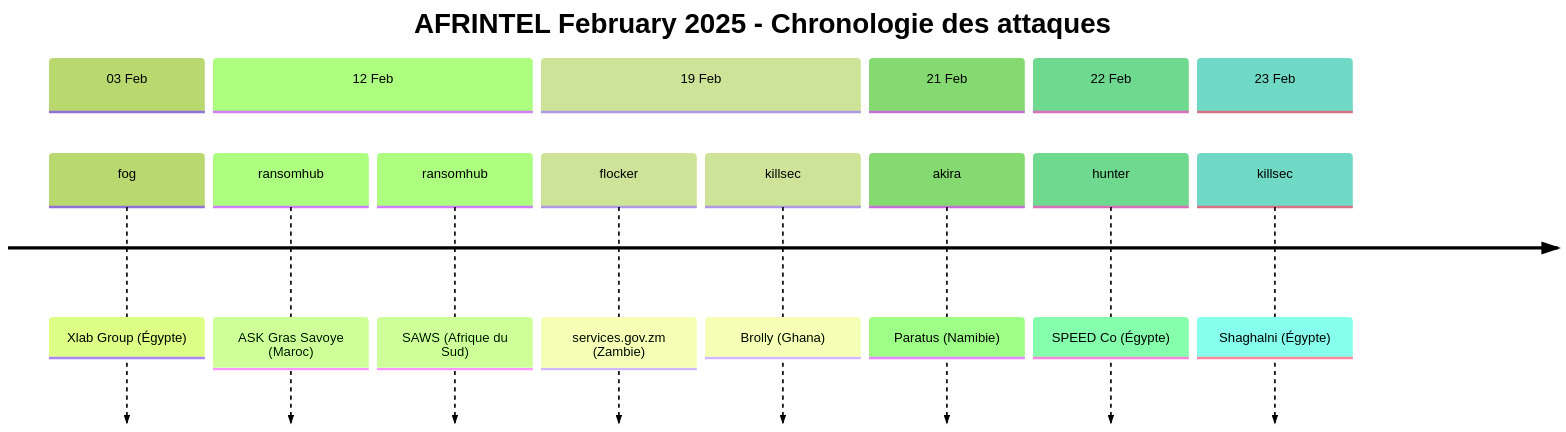
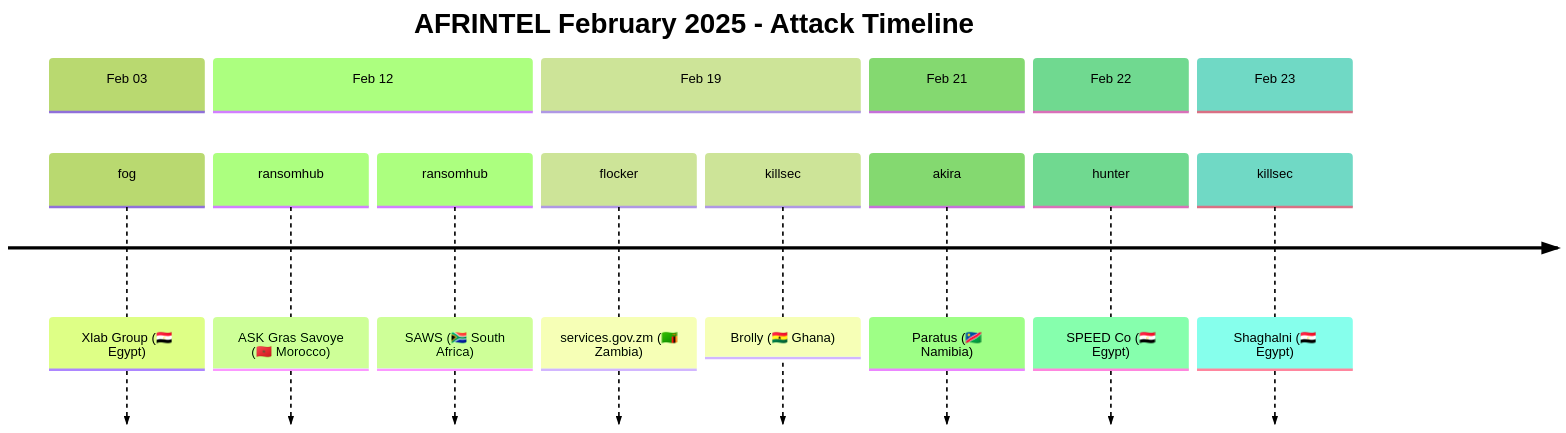
Before and after one commit to Hatchepsoute/AFRINTEL: the fifth of 5 diagrams in 2025/february/report/README_FR.md, drawn with Mermaid (forest theme). The commit also changed other lines of this file and 1 other file, not shown here.

Commit message:
Rapport de cyberttaque Affrique 2025 & 2026 - versions FR/EN

````diff
--- a/2025/february/report/README_FR.md
+++ b/2025/february/report/README_FR.md
@@ -131,19 +131,19 @@
 ```mermaid
 timeline
-    title AFRINTEL February 2025 - Chronologie des attaques
+    title AFRINTEL February 2025 - Attack Timeline
 
-    section 03 Feb
-        fog : Xlab Group (Égypte)
-    section 12 Feb
-        ransomhub : ASK Gras Savoye (Maroc)
-        ransomhub : SAWS (Afrique du Sud)
-    section 19 Feb
-        flocker : services.gov.zm (Zambie)
-        killsec : Brolly (Ghana)
-    section 21 Feb
-        akira : Paratus (Namibie)
-    section 22 Feb
-        hunter : SPEED Co (Égypte)
-    section 23 Feb
-        killsec : Shaghalni (Égypte)
+    section Feb 03
+        fog : Xlab Group (🇪🇬 Egypt)
+    section Feb 12
+        ransomhub : ASK Gras Savoye (🇲🇦 Morocco)
+        ransomhub : SAWS (🇿🇦 South Africa)
+    section Feb 19
+        flocker : services.gov.zm (🇿🇲 Zambia)
+        killsec : Brolly (🇬🇭 Ghana)
+    section Feb 21
+        akira : Paratus (🇳🇦 Namibia)
+    section Feb 22
+        hunter : SPEED Co (🇪🇬 Egypt)
+    section Feb 23
+        killsec : Shaghalni (🇪🇬 Egypt)
 ```
````
